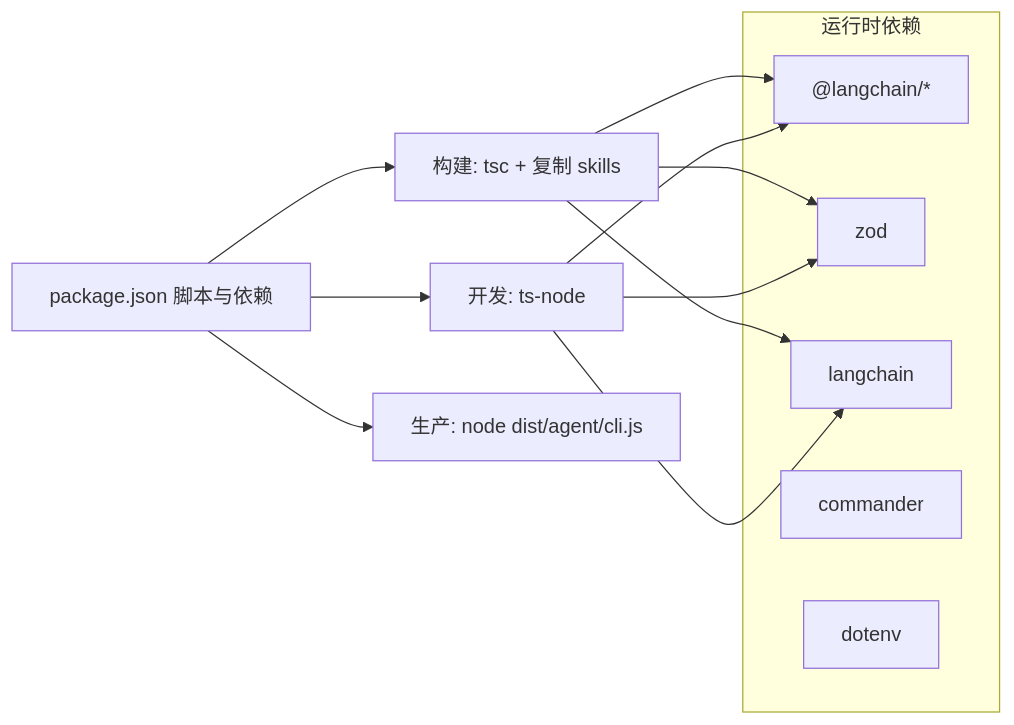
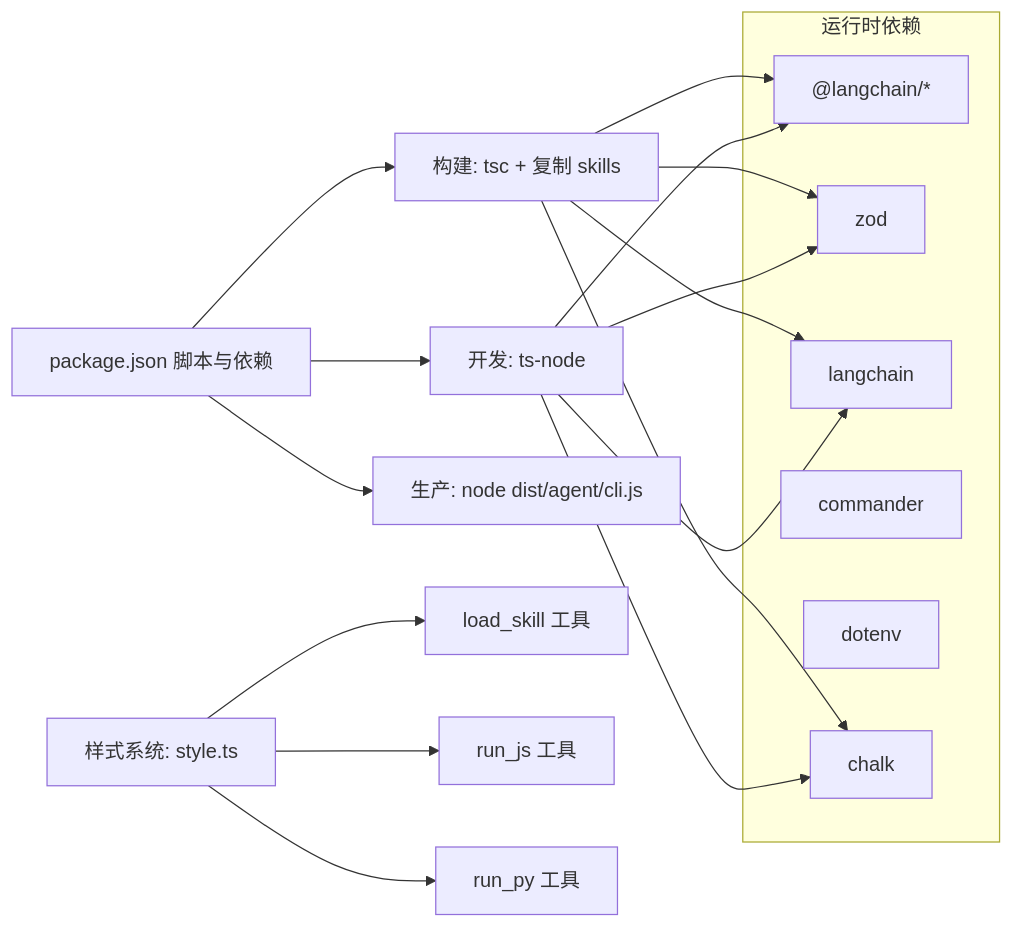
The seventh of 7 diagrams in .qoder/repowiki/zh/content/技能系统/技能系统.md (HAOFUYANG/onion-code), drawn with Mermaid before and after one commit. The commit also changed other lines of this file and 5 other files, not shown here.

````diff
--- a/.qoder/repowiki/zh/content/技能系统/技能系统.md
+++ b/.qoder/repowiki/zh/content/技能系统/技能系统.md
@@ -339,23 +381,33 @@
 ```mermaid
 graph LR
 Pkg["package.json 脚本与依赖"]
 Build["构建: tsc + 复制 skills"]
 Dev["开发: ts-node"]
 Start["生产: node dist/agent/cli.js"]
 Pkg --> Build
 Pkg --> Dev
 Pkg --> Start
 subgraph "运行时依赖"
 LC["@langchain/*"]
 Zod["zod"]
 Langchain["langchain"]
 Cmd["commander"]
 Dotenv["dotenv"]
+Chalk["chalk"]
 end
 Build --> LC
 Build --> Zod
 Build --> Langchain
+Build --> Chalk
 Dev --> LC
 Dev --> Zod
 Dev --> Langchain
+Dev --> Chalk
+Style["样式系统: style.ts"]
+LoadSkill["load_skill 工具"]
+RunJS["run_js 工具"]
+RunPy["run_py 工具"]
+Style --> LoadSkill
+Style --> RunJS
+Style --> RunPy
 ```
````
